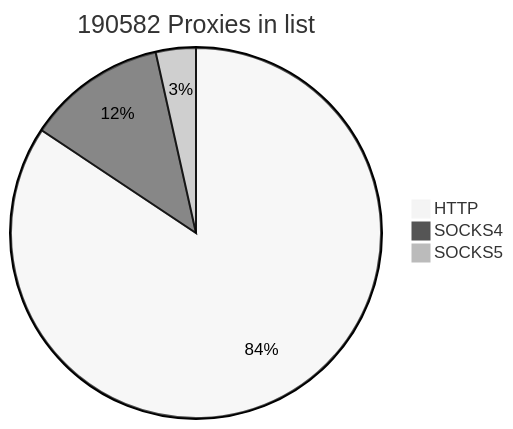
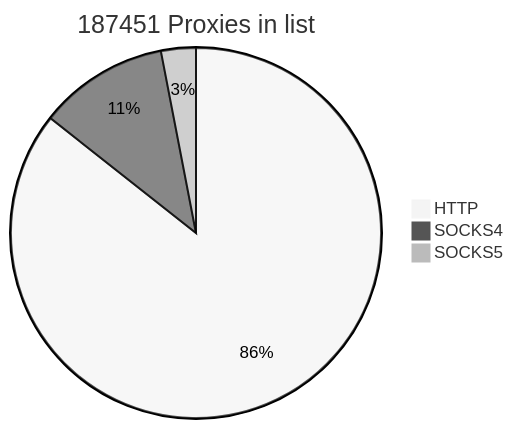
The first of 2 diagrams in README.md (cutipu/proxylist), drawn with Mermaid (neutral theme) before and after one commit. The commit also changed other lines of this file, not shown here.

````diff
--- a/README.md
+++ b/README.md
@@ -2,7 +2,7 @@
 ```mermaid
-pie title 190582 Proxies in list
-    "HTTP" : 160756
-    "SOCKS4" : 23164
-    "SOCKS5" : 6662
+pie title 187451 Proxies in list
+    "HTTP" : 160522
+    "SOCKS4" : 21236
+    "SOCKS5" : 5693
             
 ```
````
